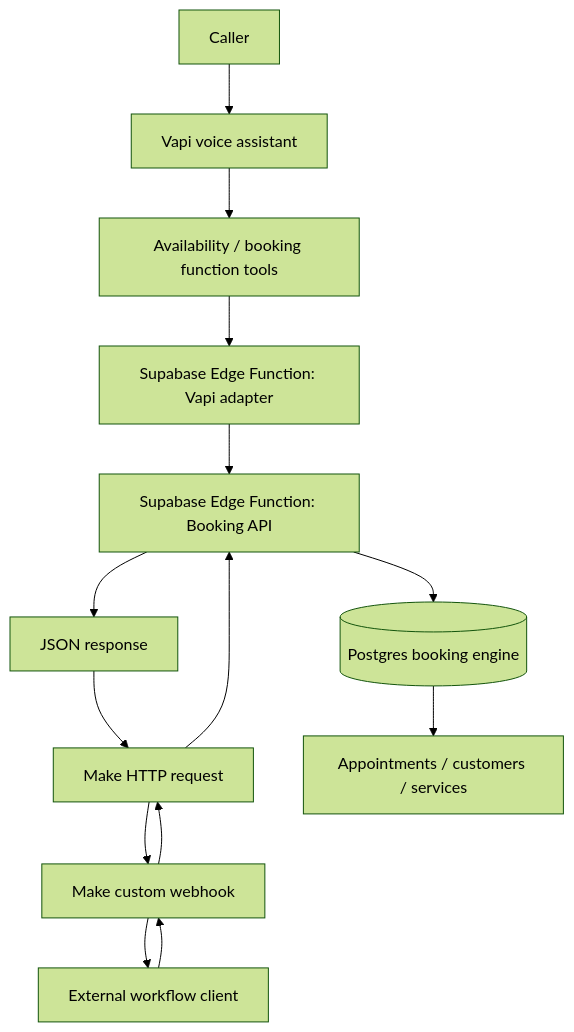
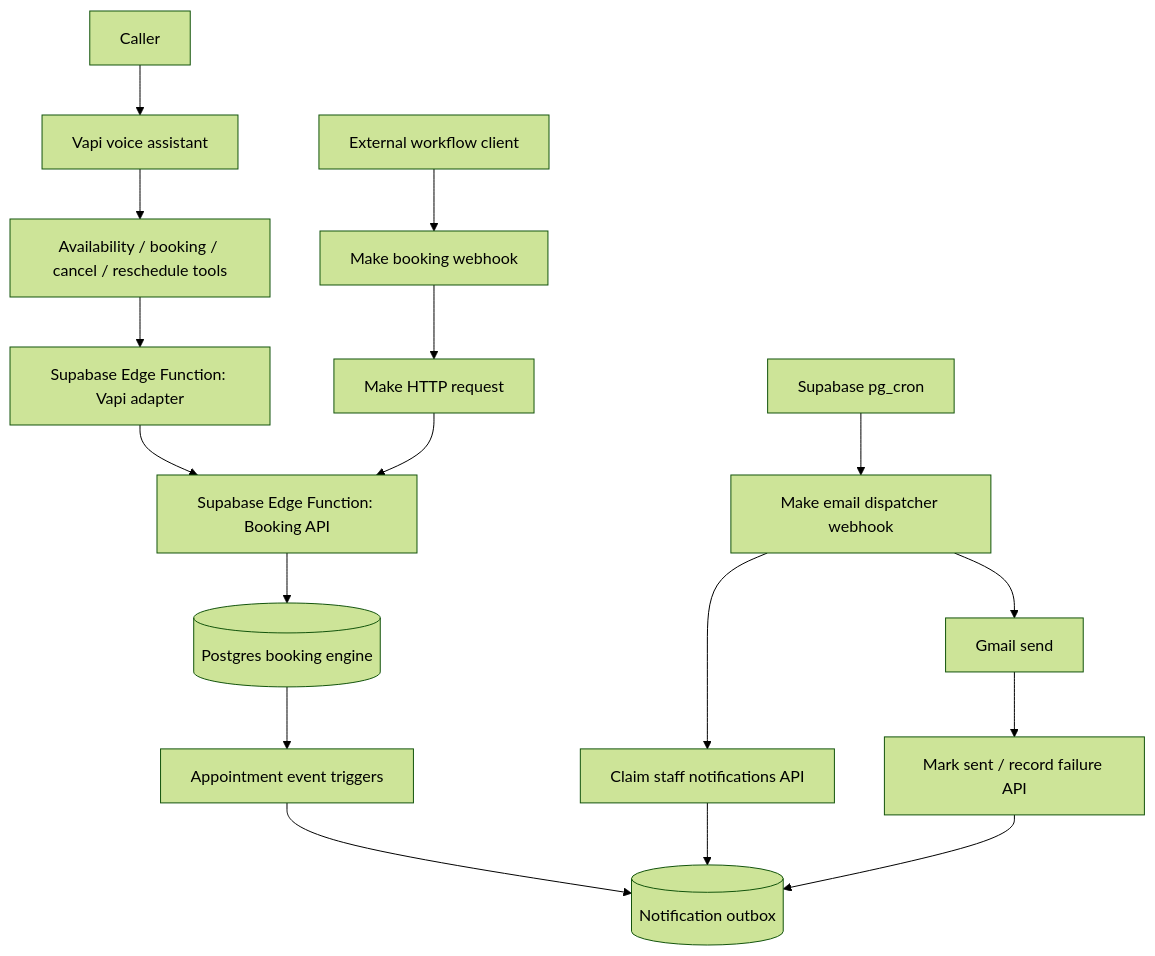
The diagram in projects/ai-voice-receptionist/README.md (tanishqp2004/ai-operations-automation-portfolio), drawn with Mermaid (forest theme) before and after one commit. The commit also changed other lines of this file, not shown here.

````diff
--- a/projects/ai-voice-receptionist/README.md
+++ b/projects/ai-voice-receptionist/README.md
@@ -17,16 +17,19 @@
 ```mermaid
 flowchart TD
     A[Caller] --> B[Vapi voice assistant]
-    B --> C[Availability / booking function tools]
+    B --> C[Availability / booking / cancel / reschedule tools]
     C --> D[Supabase Edge Function: Vapi adapter]
     D --> E[Supabase Edge Function: Booking API]
     E --> F[(Postgres booking engine)]
-    G[External workflow client] --> H[Make custom webhook]
+    G[External workflow client] --> H[Make booking webhook]
     H --> I[Make HTTP request]
     I --> E
-    E --> J[JSON response]
-    J --> I
-    I --> H
-    H --> G
-    F --> K[Appointments / customers / services]
+    F --> J[Appointment event triggers]
+    J --> K[(Notification outbox)]
+    L[Supabase pg_cron] --> M[Make email dispatcher webhook]
+    M --> N[Claim staff notifications API]
+    N --> K
+    M --> O[Gmail send]
+    O --> P[Mark sent / record failure API]
+    P --> K
 ```
````
